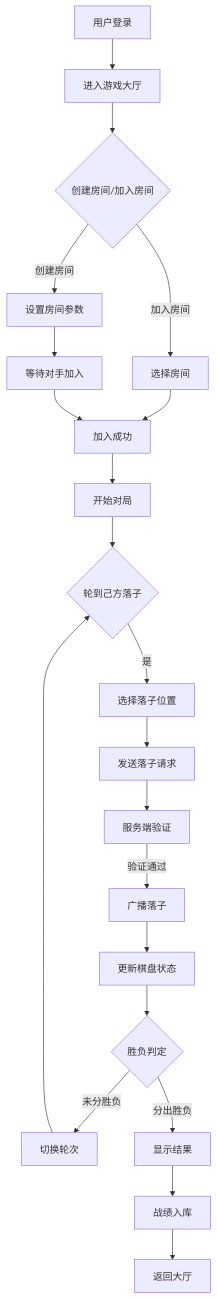
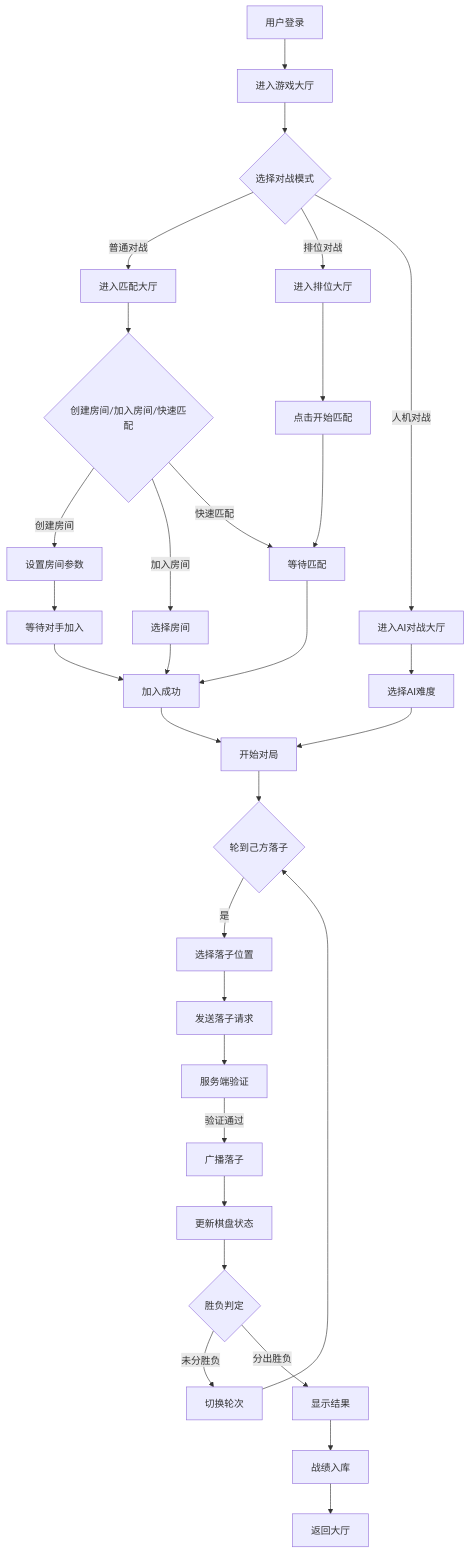
The first of 3 diagrams in docs/PRD.md (yznn007/Gomatch), drawn with Mermaid before and after one commit. The commit also changed other lines of this file and 1 other file, not shown here.

````diff
--- a/docs/PRD.md
+++ b/docs/PRD.md
@@ -45,23 +77,33 @@
 ```mermaid
 flowchart TD
     A[用户登录] --> B[进入游戏大厅]
-    B --> C{创建房间/加入房间}
-    C -->|创建房间| D[设置房间参数]
-    D --> E[等待对手加入]
-    C -->|加入房间| F[选择房间]
-    F --> G[加入成功]
-    E --> G
-    G --> H[开始对局]
-    H --> I{轮到己方落子}
-    I -->|是| J[选择落子位置]
-    J --> K[发送落子请求]
-    K --> L[服务端验证]
-    L -->|验证通过| M[广播落子]
-    M --> N[更新棋盘状态]
-    N --> O{胜负判定}
-    O -->|未分胜负| P[切换轮次]
-    P --> I
-    O -->|分出胜负| Q[显示结果]
-    Q --> R[战绩入库]
-    R --> S[返回大厅]
+    B --> C{选择对战模式}
+    C -->|普通对战| D[进入匹配大厅]
+    C -->|排位对战| E[进入排位大厅]
+    C -->|人机对战| F[进入AI对战大厅]
+    D --> G{创建房间/加入房间/快速匹配}
+    G -->|创建房间| H[设置房间参数]
+    H --> I[等待对手加入]
+    G -->|加入房间| J[选择房间]
+    J --> K[加入成功]
+    G -->|快速匹配| L[等待匹配]
+    L --> K
+    E --> M[点击开始匹配]
+    M --> L
+    F --> N[选择AI难度]
+    N --> O[开始对局]
+    I --> K
+    K --> O
+    O --> P{轮到己方落子}
+    P -->|是| Q[选择落子位置]
+    Q --> R[发送落子请求]
+    R --> S[服务端验证]
+    S -->|验证通过| T[广播落子]
+    T --> U[更新棋盘状态]
+    U --> V{胜负判定}
+    V -->|未分胜负| W[切换轮次]
+    W --> P
+    V -->|分出胜负| X[显示结果]
+    X --> Y[战绩入库]
+    Y --> Z[返回大厅]
 ```
````
